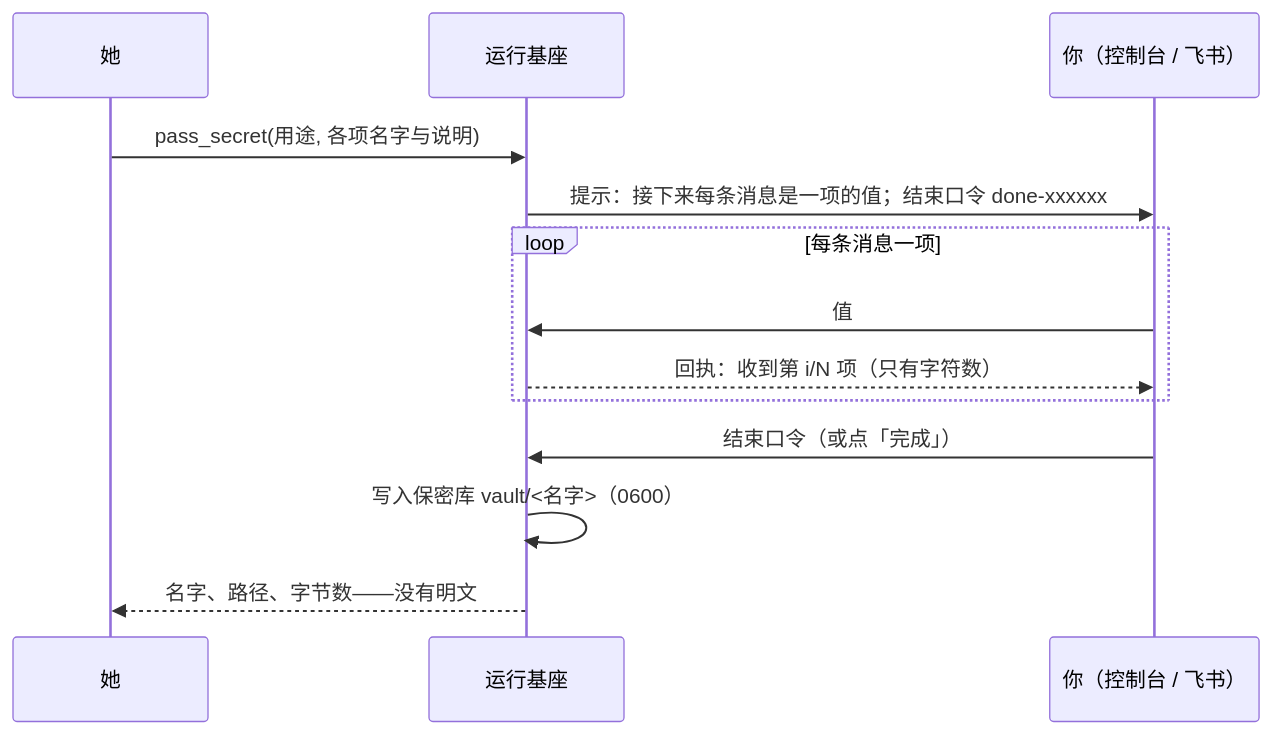
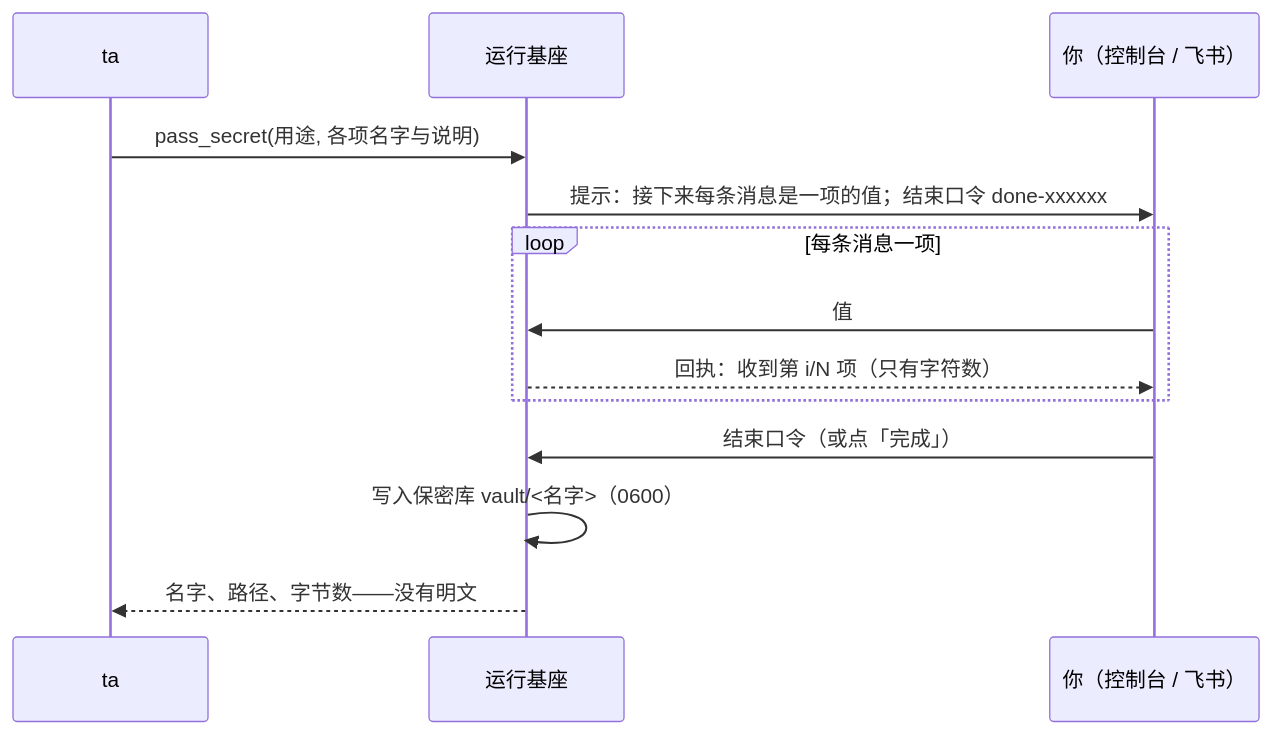
One commit to Causally-XYZ/Project.Quetzal changed the diagram in website/content/docs/zh/guide/secrets.md. Above: the diagram before and after it, drawn with Mermaid. The commit also changed other lines of this file and 26 other files, not shown here.

````diff
--- a/website/content/docs/zh/guide/secrets.md
+++ b/website/content/docs/zh/guide/secrets.md
@@ -12,15 +12,15 @@
 ```mermaid
 sequenceDiagram
-  participant A as 她
+  participant A as ta
   participant W as 运行基座
   participant U as 你（控制台 / 飞书）
   A->>W: pass_secret(用途, 各项名字与说明)
   W->>U: 提示：接下来每条消息是一项的值；结束口令 done-xxxxxx
   loop 每条消息一项
     U->>W: 值
     W-->>U: 回执：收到第 i/N 项（只有字符数）
   end
   U->>W: 结束口令（或点「完成」）
   W->>W: 写入保密库 vault/<名字>（0600）
   W-->>A: 名字、路径、字节数——没有明文
 ```
````
